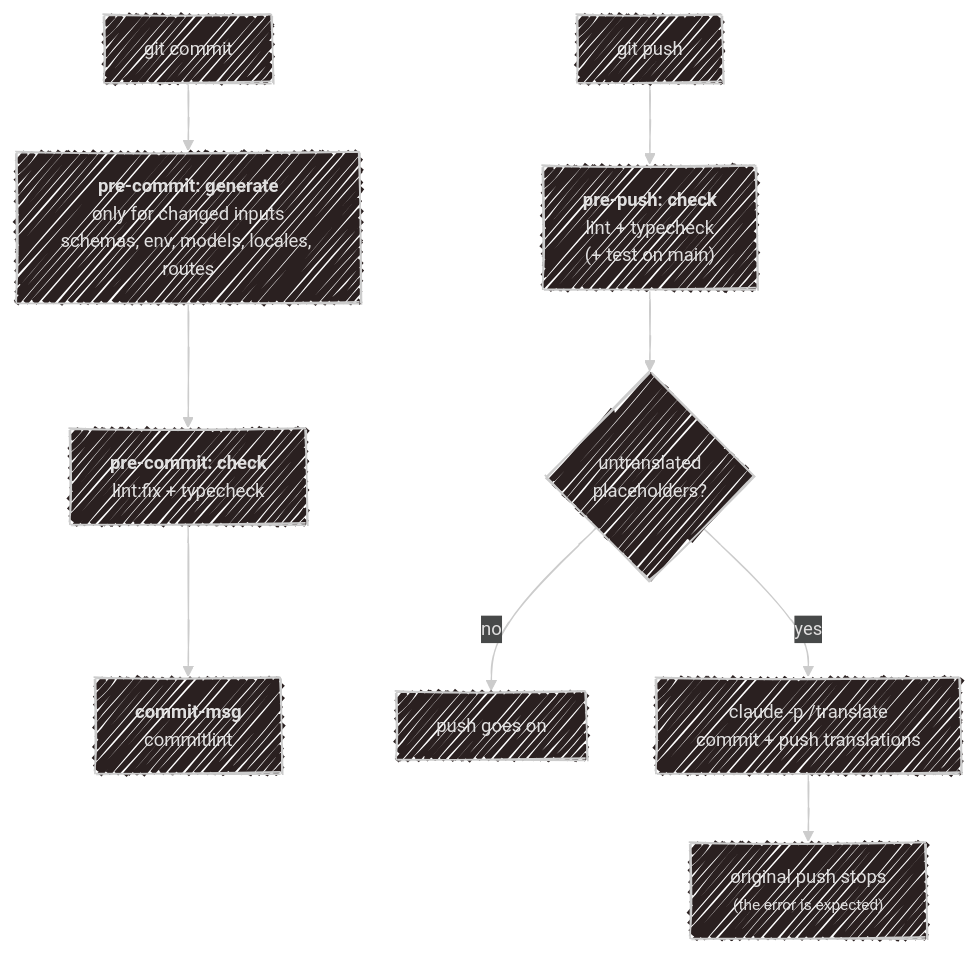
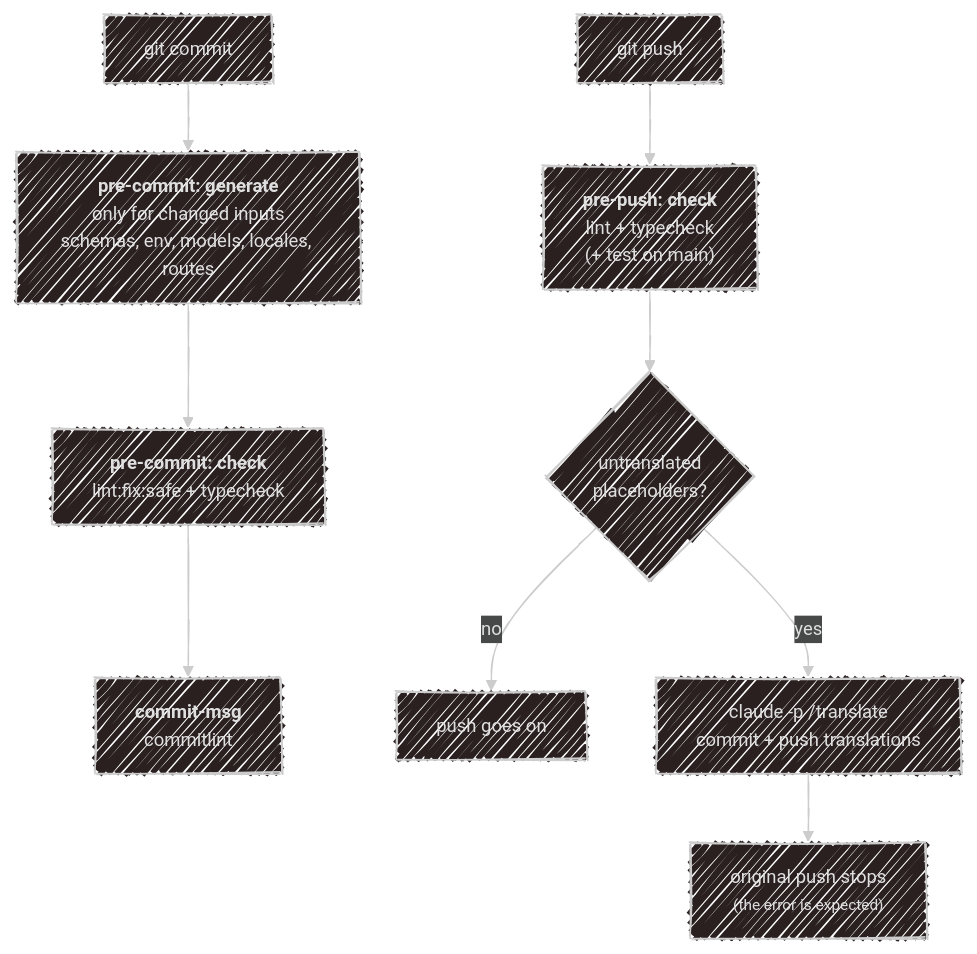
One commit to SubZtep/kaja changed the diagram in docs/development/vibe-coding.md. Above: the diagram before and after it, drawn with Mermaid. The commit also changed other lines of this file and 112 other files, not shown here.

````diff
--- a/docs/development/vibe-coding.md
+++ b/docs/development/vibe-coding.md
@@ -84,16 +84,16 @@
 ```mermaid
 ---
 config:
   look: handDrawn
   theme: neo-dark
 ---
 flowchart TD
     C["git commit"] --> G["<b>pre-commit: generate</b><br>only for changed inputs<br>schemas, env, models, locales, routes"]
-    G --> K["<b>pre-commit: check</b><br>lint:fix + typecheck"]
+    G --> K["<b>pre-commit: check</b><br>lint:fix:safe + typecheck"]
     K --> M["<b>commit-msg</b><br>commitlint"]
     P["git push"] --> L["<b>pre-push: check</b><br>lint + typecheck<br>(+ test on main)"]
     L --> T{"untranslated<br>placeholders?"}
     T -->|no| OK["push goes on"]
     T -->|yes| TR["claude -p /translate<br>commit + push translations"]
     TR --> STOP["original push stops<br><small>(the error is expected)</small>"]
 ```
````
